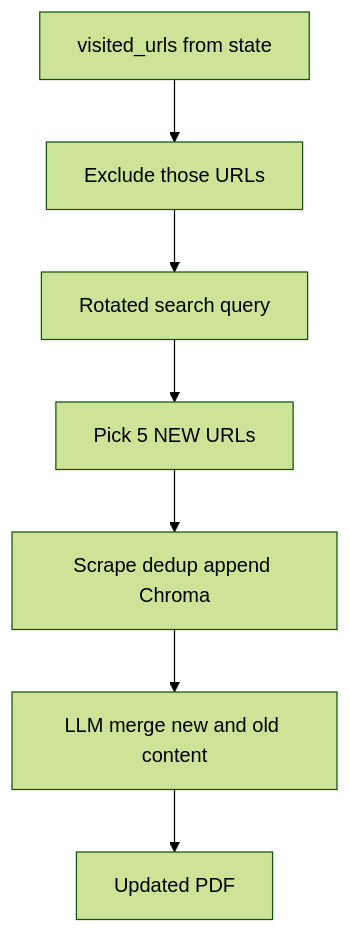
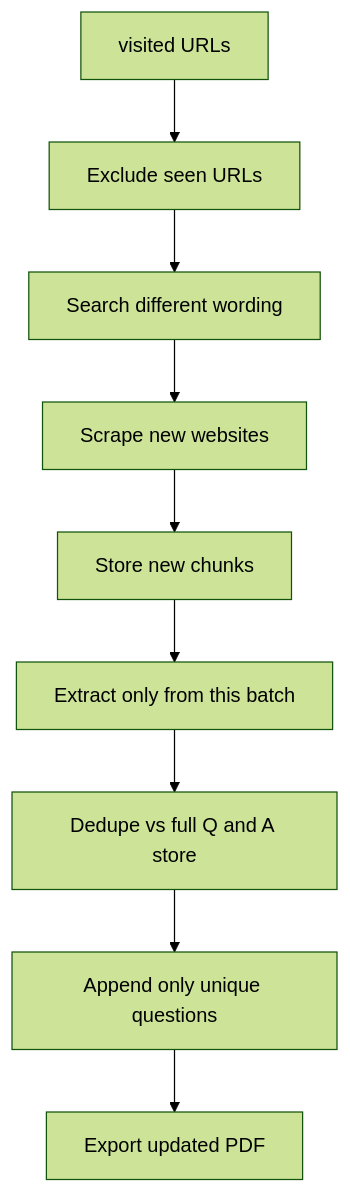
One commit to souravgupta2214/Agentic-RAG changed the seventh of 14 diagrams in docs/END_TO_END_FLOW.md. Above: the diagram before and after it, drawn with Mermaid (forest theme). The commit also changed other lines of this file and 1 other file, not shown here.

````diff
--- a/docs/END_TO_END_FLOW.md
+++ b/docs/END_TO_END_FLOW.md
@@ -219,9 +235,11 @@
 ```mermaid
 flowchart TD
-    V[visited_urls from state] --> X[Exclude those URLs]
-    X --> Q[Rotated search query]
-    Q --> N[Pick 5 NEW URLs]
-    N --> S[Scrape dedup append Chroma]
-    S --> M[LLM merge new and old content]
-    M --> P[Updated PDF]
+    A[visited URLs] --> B[Exclude seen URLs]
+    B --> C[Search different wording]
+    C --> D[Scrape new websites]
+    D --> E[Store new chunks]
+    E --> F[Extract only from this batch]
+    F --> G[Dedupe vs full Q and A store]
+    G --> H[Append only unique questions]
+    H --> I[Export updated PDF]
 ```
````
